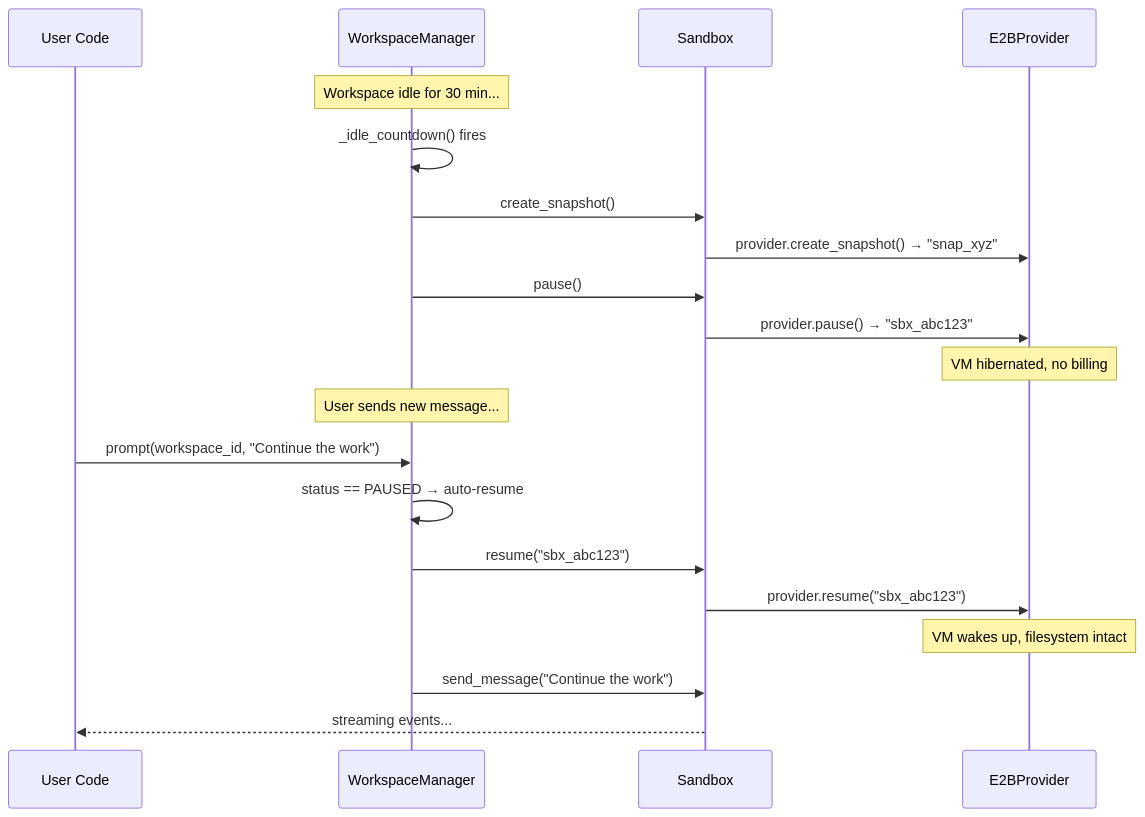
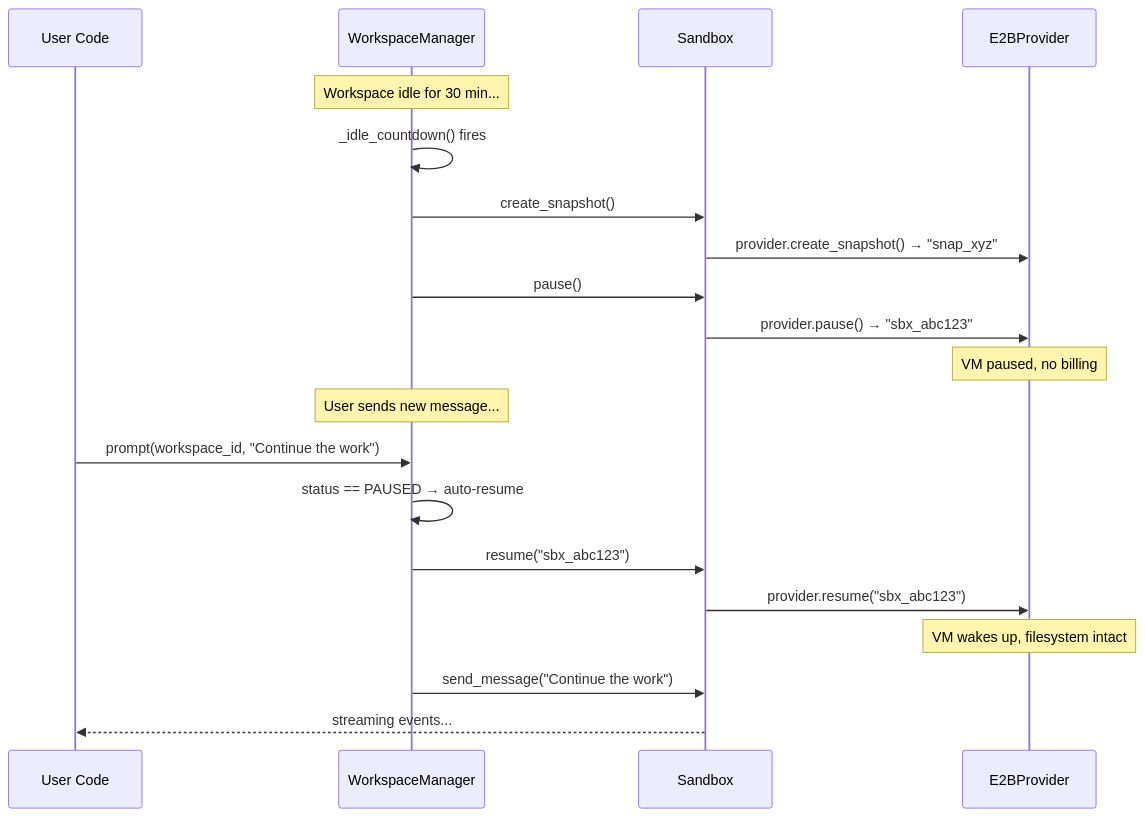
One commit to Nikhil-Kadapala/HarnessBox changed the third of 3 diagrams in packages/sdk/src/harnessbox/README.md. Above: the diagram before and after it, drawn with Mermaid. The commit also changed other lines of this file and 29 other files, not shown here.

````diff
--- a/packages/sdk/src/harnessbox/README.md
+++ b/packages/sdk/src/harnessbox/README.md
@@ -163,24 +163,24 @@
 ```mermaid
 sequenceDiagram
     participant U as User Code
     participant WM as WorkspaceManager
     participant S as Sandbox
     participant P as E2BProvider
 
     Note over WM: Workspace idle for 30 min...
     WM->>WM: _idle_countdown() fires
     WM->>S: create_snapshot()
     S->>P: provider.create_snapshot() → "snap_xyz"
     WM->>S: pause()
     S->>P: provider.pause() → "sbx_abc123"
-    Note over P: VM hibernated, no billing
+    Note over P: VM paused, no billing
 
     Note over WM: User sends new message...
     U->>WM: prompt(workspace_id, "Continue the work")
     WM->>WM: status == PAUSED → auto-resume
     WM->>S: resume("sbx_abc123")
     S->>P: provider.resume("sbx_abc123")
     Note over P: VM wakes up, filesystem intact
     WM->>S: send_message("Continue the work")
     S-->>U: streaming events...
 ```
````
